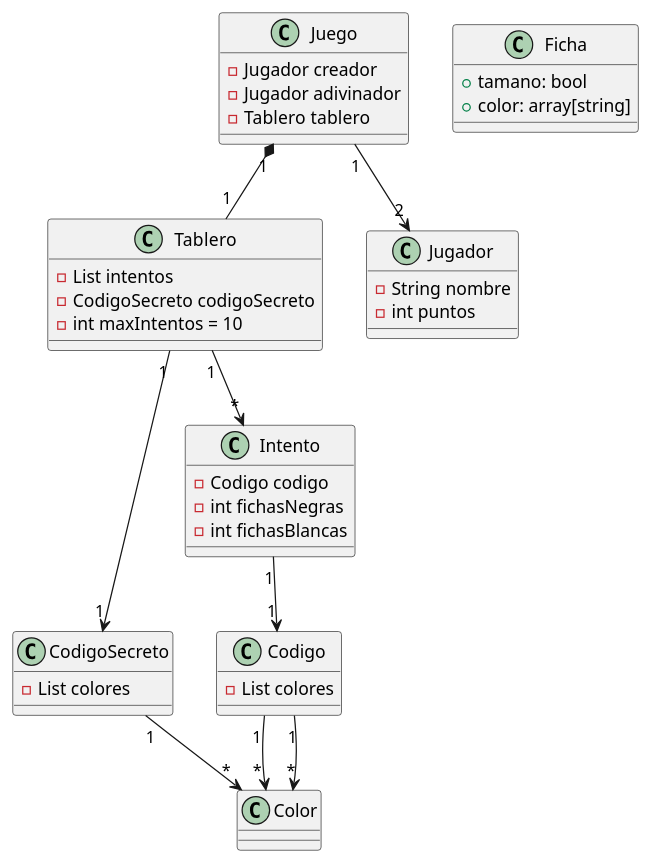
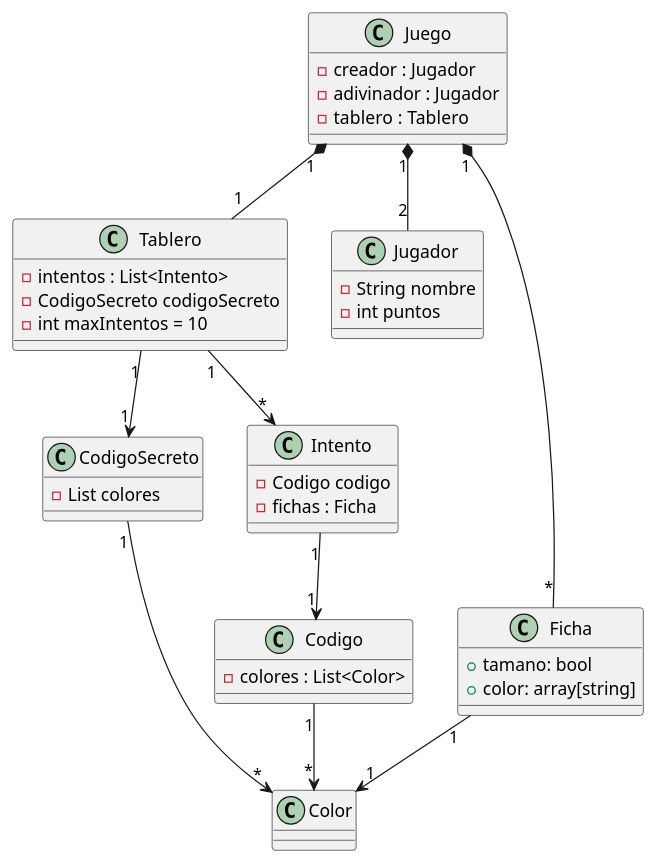
The diagram in README.md (EduardC421/Paractausgsg), drawn with PlantUML before and after one commit. The commit also changed other lines of this file, not shown here.

Commit message:
Update README.md
grth

```diff
--- a/README.md
+++ b/README.md
@@ -1,51 +1,52 @@
 @startuml 
 class Tablero { 
-- List intentos 
+- intentos : List<Intento> 
 - CodigoSecreto codigoSecreto 
 - int maxIntentos = 10 
 }
 
 class CodigoSecreto { 
 - List colores 
  }
 
 class Intento { 
 - Codigo codigo 
-- int fichasNegras 
-- int fichasBlancas 
+- fichas : Ficha
 
 }
 
 class Codigo { 
-- List colores
+- colores : List<Color>
  }
 
 class Color {
 }
 
 class Jugador { 
 - String nombre 
 - int puntos 
 }
 
 class Juego { 
-- Jugador creador 
-- Jugador adivinador 
-- Tablero tablero 
+- creador : Jugador 
+- adivinador : Jugador
+- tablero : Tablero
 }
 
 Class Ficha{
     +tamano: bool
     +color: array[string]
 
 }
 
 Juego "1" *-- "1" Tablero 
 Tablero "1" --> "1" CodigoSecreto 
 Tablero "1" --> "*" Intento 
 Intento "1" --> "1" Codigo 
 CodigoSecreto "1" --> "*" Color 
 Codigo "1" --> "*" Color 
-Juego "1" --> "2" Jugador 
-Codigo "1" --> "*" Color 
+Juego "1" *-- "2" Jugador 
+Juego "1" *-- "*" Ficha
+Ficha "1" --> "1" Color
+ 
 @enduml
```
